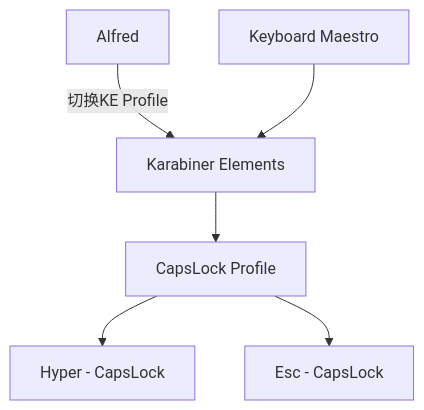
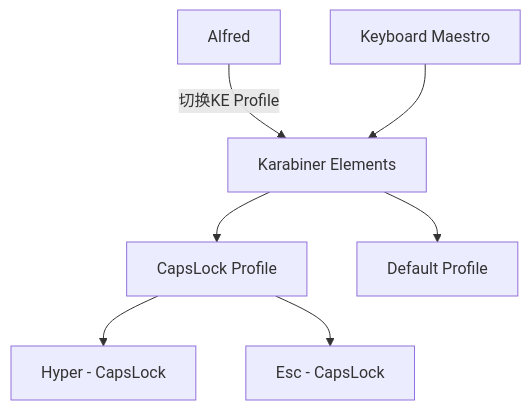
The first of 2 diagrams in _posts/2018-09-23-vim-workflow.md (suliveevil/suliveevil.github.io), drawn with Mermaid before and after one commit.

```diff
--- a/_posts/2018-09-23-vim-workflow.md
+++ b/_posts/2018-09-23-vim-workflow.md
@@ -19,8 +19,11 @@
 <div class="mermaid">
 graph TD;
     A[Alfred]--切换KE Profile-->B[Karabiner Elements];
     C[Keyboard Maestro]-->B;
-    B-->D[CapsLock Profile];
-    D-->E[Hyper - CapsLock];
-    D-->F[Esc - CapsLock];
+
+    B-->F[CapsLock Profile];
+    B-->G[Default Profile];
+
+    F-->H[Hyper - CapsLock];
+    F-->I[Esc - CapsLock];
 </div>
```
